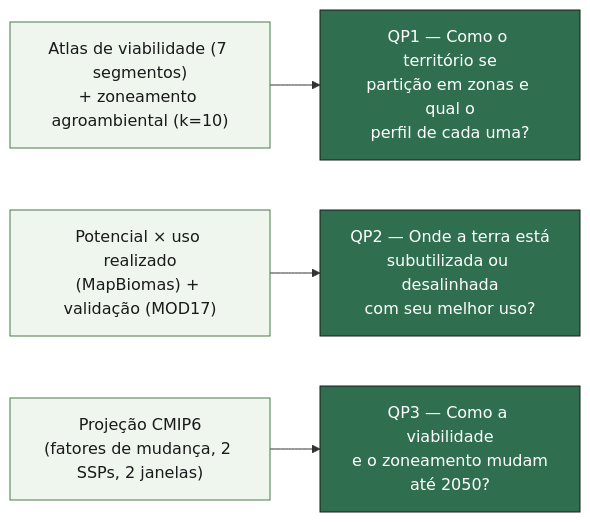
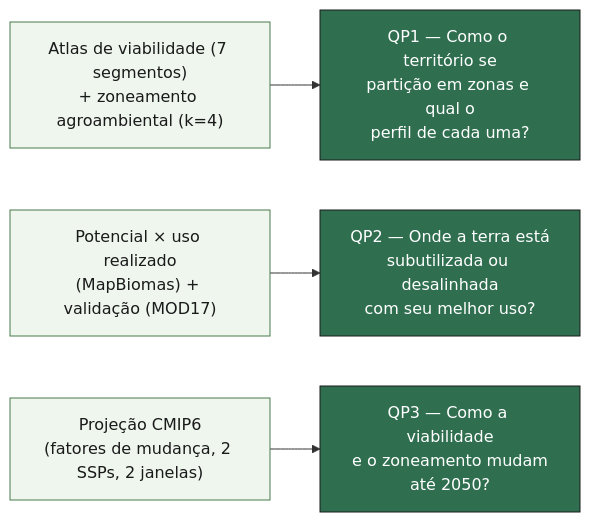
Before and after one commit to ahxsahxs/goias_suitability: the third of 3 diagrams in docs/metodologia_diagrama.md, drawn with Mermaid. The commit also changed other lines of this file and 64 other files, not shown here.

````diff
--- a/docs/metodologia_diagrama.md
+++ b/docs/metodologia_diagrama.md
@@ -134,11 +134,11 @@
 ```mermaid
 flowchart LR
-    M1["Atlas de viabilidade (7 segmentos)<br/>+ zoneamento agroambiental (k=10)"] --> Q1["QP1 — Como o território se<br/>partição em zonas e qual o<br/>perfil de cada uma?"]
+    M1["Atlas de viabilidade (7 segmentos)<br/>+ zoneamento agroambiental (k=4)"] --> Q1["QP1 — Como o território se<br/>partição em zonas e qual o<br/>perfil de cada uma?"]
     M2["Potencial × uso realizado<br/>(MapBiomas) + validação (MOD17)"] --> Q2["QP2 — Onde a terra está<br/>subutilizada ou desalinhada<br/>com seu melhor uso?"]
     M3["Projeção CMIP6<br/>(fatores de mudança, 2 SSPs, 2 janelas)"] --> Q3["QP3 — Como a viabilidade<br/>e o zoneamento mudam<br/>até 2050?"]
 
     classDef method fill:#eef6ee,stroke:#4a7a4a,color:#1a1a1a;
     classDef rq fill:#2f6f4f,stroke:#1a1a1a,color:#ffffff;
     class M1,M2,M3 method;
     class Q1,Q2,Q3 rq;
 ```
````
